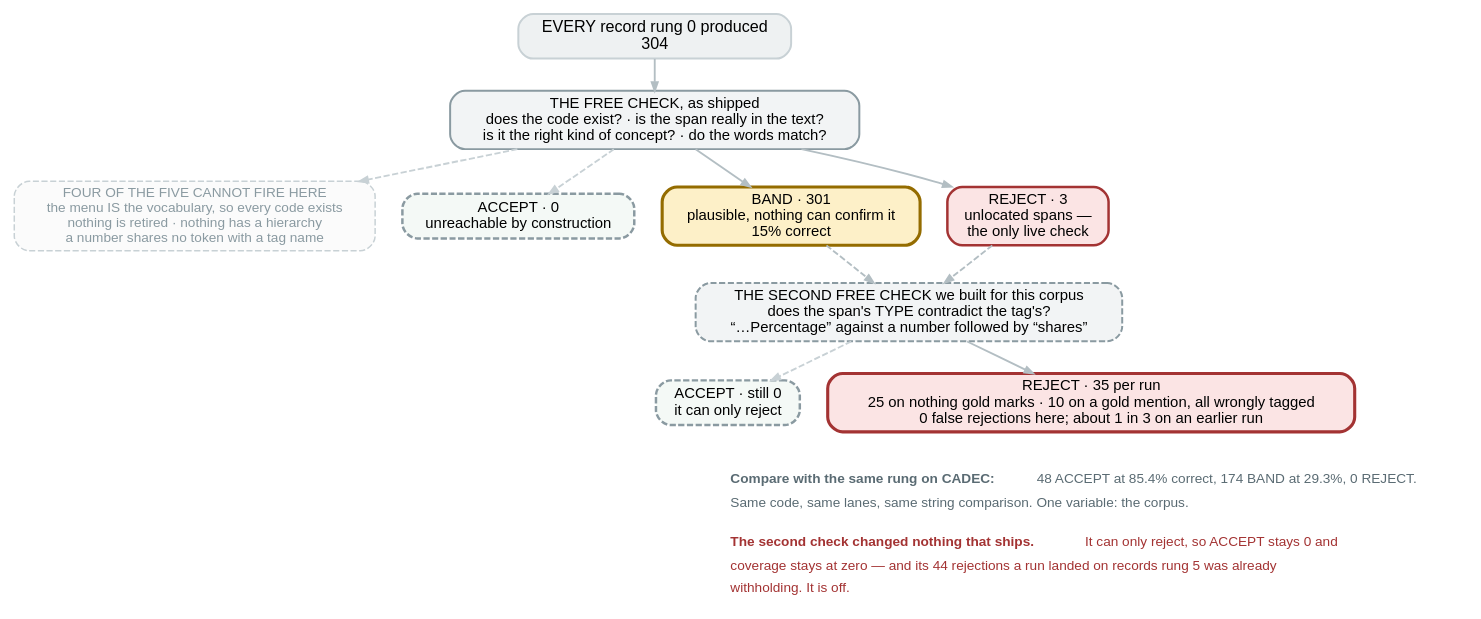
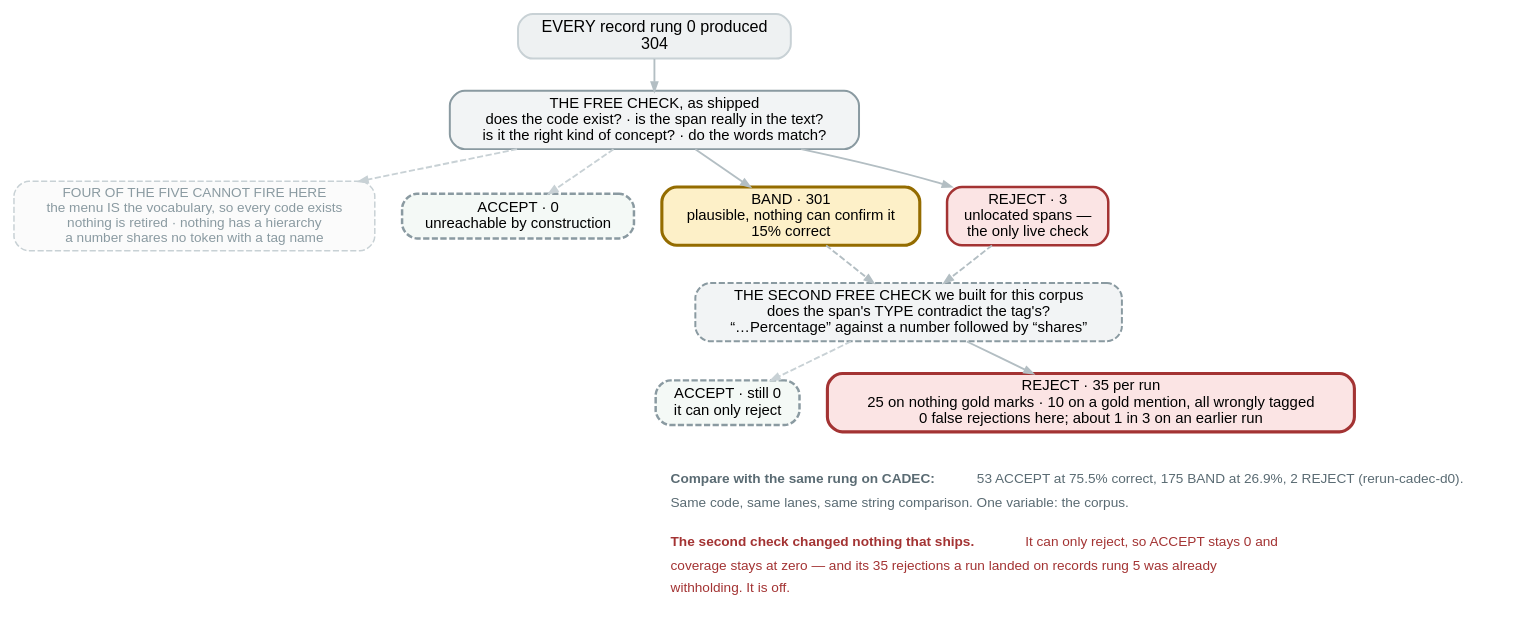
Before and after one commit to wbagais/reliability-ladder: the diagram in docs/figures/fig15-rung1-finer.dot, drawn with Graphviz. The commit also changed 21 other files, not shown here.

Commit message:
Figures reviewed against the base run: spine rebuilt (both articles), example records 53 of 230, funnel arithmetic 87/217/226, FiNER notes to the base-run replay, section pointers made name-based

```diff
--- a/docs/figures/fig15-rung1-finer.dot
+++ b/docs/figures/fig15-rung1-finer.dot
@@ -1,58 +1,58 @@
 // Rung 1 on FiNER — the counterpart to fig10-rung1 — and the second free check
 // built to give this corpus one, which the article treats as rung 1 for FiNER.
 //
 // Rung 1 alone: docs/decisions.md 2026-08-29 (finer-full-2, dev, 40 documents),
 // 351 records, ACCEPT 0 / BAND 350 / REJECT 1; lexical_match False on all 328
 // records carrying a tag, sct_exists True on all 328. Lane correctness is the
 // run's own answered-accuracy (0.1396) — with 350 of 351 in BAND that is the
 // lane's rate to within one record.
 // The type check, replayed over the three base draws (2026-09-03): 35 rejections
 // per run, identical on every draw; 25 on nothing gold marks and 10 on a gold
 // mention, all 10 wrongly tagged — 0 false rejections here, against about 1 in 3
 // on an earlier run whose spans drifted differently, and 1.22% measured on gold.
 //
 // COLOUR KEY — the article's zone colours:
 //   green ACCEPT · amber BAND · red REJECT · grey a stage, no verdict
 digraph rung1_finer {
   rankdir=TB; bgcolor="white"; nodesep=0.30; ranksep=0.36;
   node [shape=box style="filled,rounded" fontname="Helvetica" fontsize=12
         color="#c8d1d5" penwidth=1.2];
   edge [color="#b3bec3" penwidth=1.5 arrowsize=0.7 fontname="Helvetica" fontsize=10];
 
   in [label="EVERY record rung 0 produced\n304" fillcolor="#eef1f2" fontsize=13 penwidth=1.6];
 
   chk [label="THE FREE CHECK, as shipped\ndoes the code exist? · is the span really in the text?\nis it the right kind of concept? · do the words match?"
        fillcolor="#f2f4f5" color="#8a9aa1" penwidth=1.6];
   vac [label="FOUR OF THE FIVE CANNOT FIRE HERE\nthe menu IS the vocabulary, so every code exists\nnothing is retired · nothing has a hierarchy\na number shares no token with a tag name"
        fillcolor="#fbfbfb" color="#c8d1d5" style="filled,rounded,dashed" fontcolor="#8a9aa1" fontsize=11];
 
   acc [label="ACCEPT · 0\nunreachable by construction" fillcolor="#f4f9f6" color="#8a9aa1"
        style="filled,rounded,dashed" penwidth=2];
   band[label="BAND · 301\nplausible, nothing can confirm it\n15% correct" fillcolor="#fdf0c8" color="#946c00" penwidth=2.5];
   rej [label="REJECT · 3\nunlocated spans —\nthe only live check" fillcolor="#fbe4e4" color="#a33333" penwidth=2];
 
   add [label="THE SECOND FREE CHECK we built for this corpus\ndoes the span's TYPE contradict the tag's?\n“…Percentage” against a number followed by “shares”"
        fillcolor="#f2f4f5" color="#8a9aa1" penwidth=1.6 style="filled,rounded,dashed"];
   acc2[label="ACCEPT · still 0\nit can only reject" fillcolor="#f4f9f6" color="#8a9aa1"
        style="filled,rounded,dashed" penwidth=2];
   rej2[label="REJECT · 35 per run\n25 on nothing gold marks · 10 on a gold mention, all wrongly tagged\n0 false rejections here; about 1 in 3 on an earlier run"
        fillcolor="#fbe4e4" color="#a33333" penwidth=2.5];
 
   in -> chk; chk -> vac [style=dashed color="#c8d1d5"];
   chk -> acc [style=dashed color="#c8d1d5"]; chk -> band; chk -> rej;
   rej -> add [style=dashed]; band -> add [style=dashed];
   add -> acc2 [style=dashed color="#c8d1d5"]; add -> rej2;
   { rank=same; acc; band; rej }
   { rank=same; acc2; rej2 }
 
   note [shape=plaintext style="" fillcolor="white"
         label=<<TABLE BORDER="0" CELLBORDER="0" CELLSPACING="0" CELLPADDING="3">
-        <TR><TD ALIGN="LEFT"><FONT POINT-SIZE="11" COLOR="#5a6b73"><B>Compare with the same rung on CADEC:</B> 48 ACCEPT at 85.4% correct, 174 BAND at 29.3%, 0 REJECT.</FONT></TD></TR>
+        <TR><TD ALIGN="LEFT"><FONT POINT-SIZE="11" COLOR="#5a6b73"><B>Compare with the same rung on CADEC:</B> 53 ACCEPT at 75.5% correct, 175 BAND at 26.9%, 2 REJECT (rerun-cadec-d0).</FONT></TD></TR>
         <TR><TD ALIGN="LEFT"><FONT POINT-SIZE="11" COLOR="#5a6b73">Same code, same lanes, same string comparison. One variable: the corpus.</FONT></TD></TR>
         <TR><TD ALIGN="LEFT"><FONT POINT-SIZE="8"> </FONT></TD></TR>
         <TR><TD ALIGN="LEFT"><FONT POINT-SIZE="11" COLOR="#a33333"><B>The second check changed nothing that ships.</B> It can only reject, so ACCEPT stays 0 and</FONT></TD></TR>
-        <TR><TD ALIGN="LEFT"><FONT POINT-SIZE="11" COLOR="#a33333">coverage stays at zero — and its 44 rejections a run landed on records rung 5 was already</FONT></TD></TR>
+        <TR><TD ALIGN="LEFT"><FONT POINT-SIZE="11" COLOR="#a33333">coverage stays at zero — and its 35 rejections a run landed on records rung 5 was already</FONT></TD></TR>
         <TR><TD ALIGN="LEFT"><FONT POINT-SIZE="11" COLOR="#a33333">withholding. It is off.</FONT></TD></TR>
         </TABLE>>];
   rej2 -> note [style=invis];
 }
```
